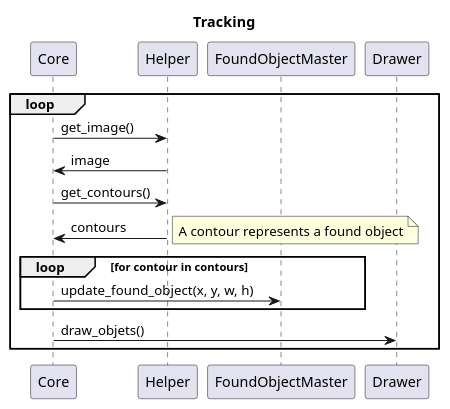
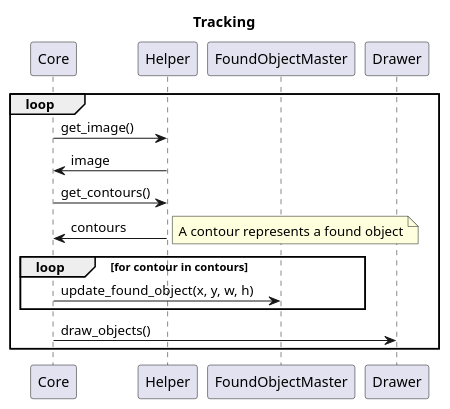
One commit to NewTec-GmbH/SpaceShipRadar changed the diagram in doc/uml/main_loop.puml. Above: the diagram before and after it, drawn with PlantUML. The commit also changed 3 other files, not shown here.

```diff
--- a/doc/uml/main_loop.puml
+++ b/doc/uml/main_loop.puml
@@ -1,26 +1,26 @@
 @startuml mainloop
 title Tracking
 
 participant Core
 participant Helper
 participant FoundObjectMaster
 participant Drawer
 
 loop 
     Core -> Helper : get_image()
     Helper -> Core : image
 
     Core -> Helper: get_contours()
     Helper -> Core : contours
 
     note right 
     A contour represents a found object
     end note
 
     loop for contour in contours
         Core -> FoundObjectMaster : update_found_object(x, y, w, h)
     end
-    Core -> Drawer : draw_objets()
+    Core -> Drawer : draw_objects()
 end
 
 @enduml
```
